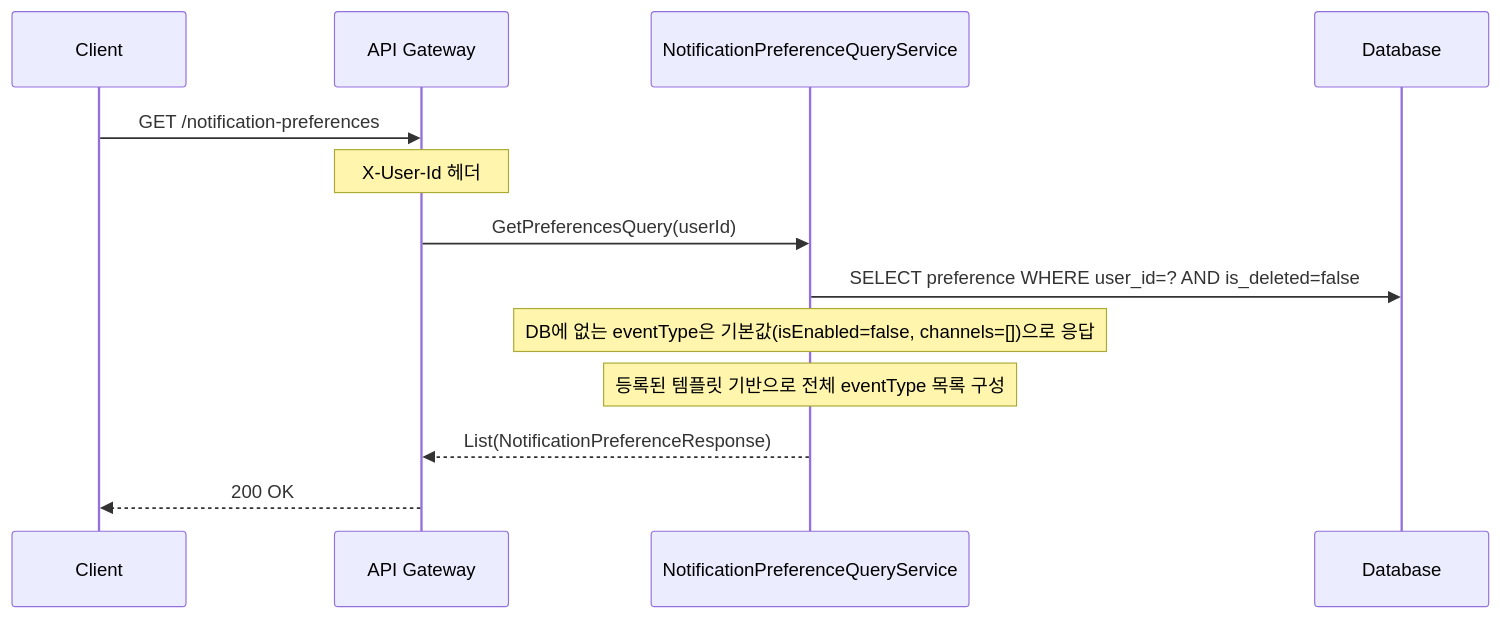
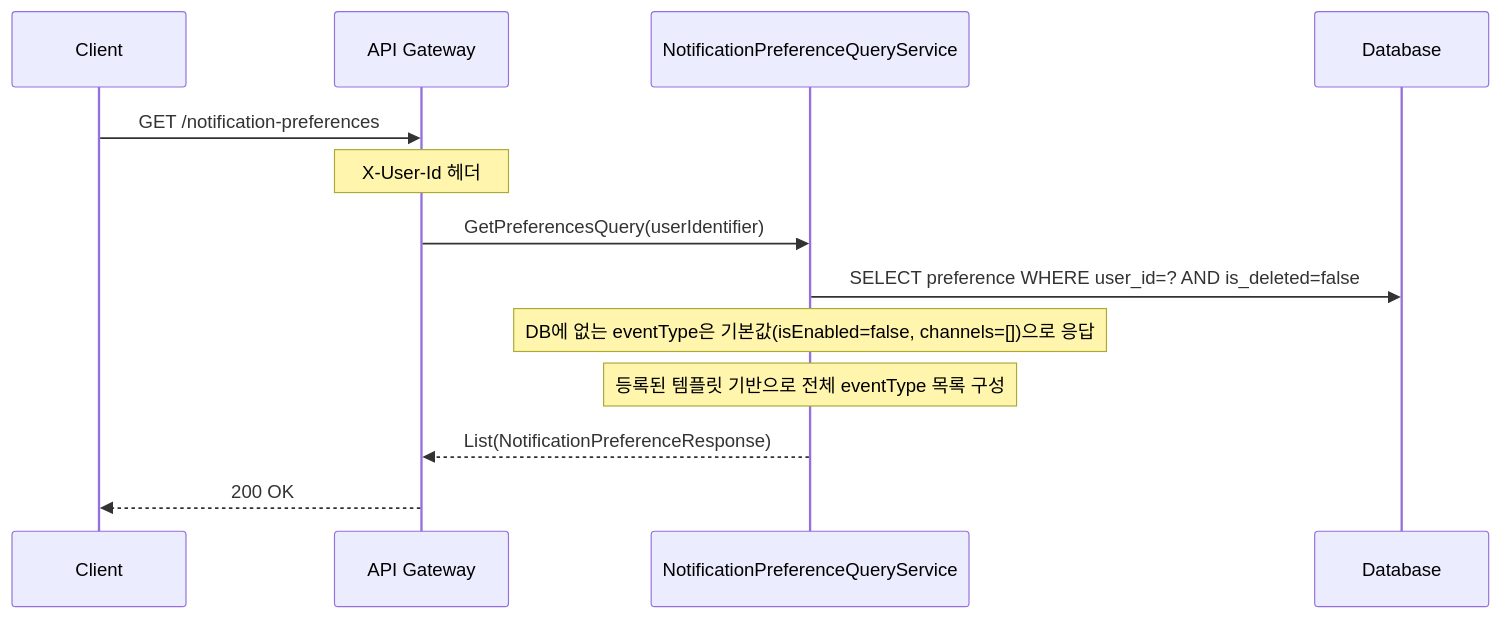
The sixth of 9 diagrams in backend/notification/sequence-diagram.md (Trade-Pilot/.github), drawn with Mermaid before and after one commit. The commit also changed other lines of this file and 17 other files, not shown here.

````diff
--- a/backend/notification/sequence-diagram.md
+++ b/backend/notification/sequence-diagram.md
@@ -185,19 +185,19 @@
 ```mermaid
 sequenceDiagram
     participant Client
     participant GW as API Gateway
     participant NS as NotificationPreferenceQueryService
     participant DB as Database
 
     Client->>GW: GET /notification-preferences
     Note over GW: X-User-Id 헤더
 
-    GW->>NS: GetPreferencesQuery(userId)
+    GW->>NS: GetPreferencesQuery(userIdentifier)
     NS->>DB: SELECT preference WHERE user_id=? AND is_deleted=false
 
     Note over NS: DB에 없는 eventType은 기본값(isEnabled=false, channels=[])으로 응답
     Note over NS: 등록된 템플릿 기반으로 전체 eventType 목록 구성
 
     NS-->>GW: List(NotificationPreferenceResponse)
     GW-->>Client: 200 OK
 ```
````
